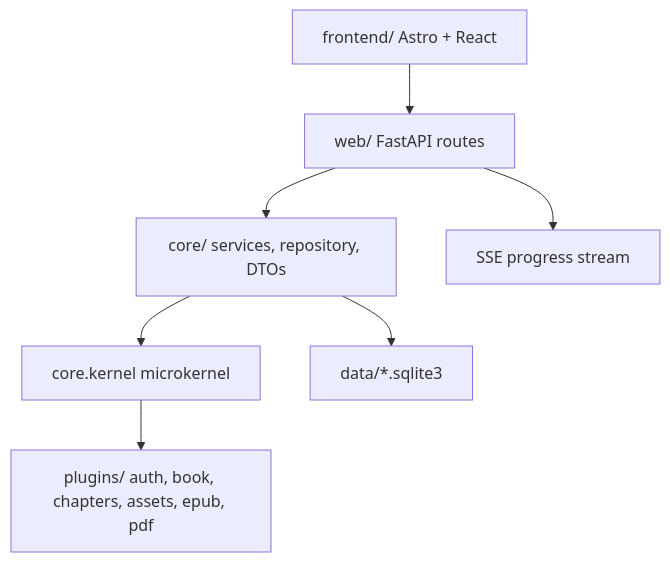
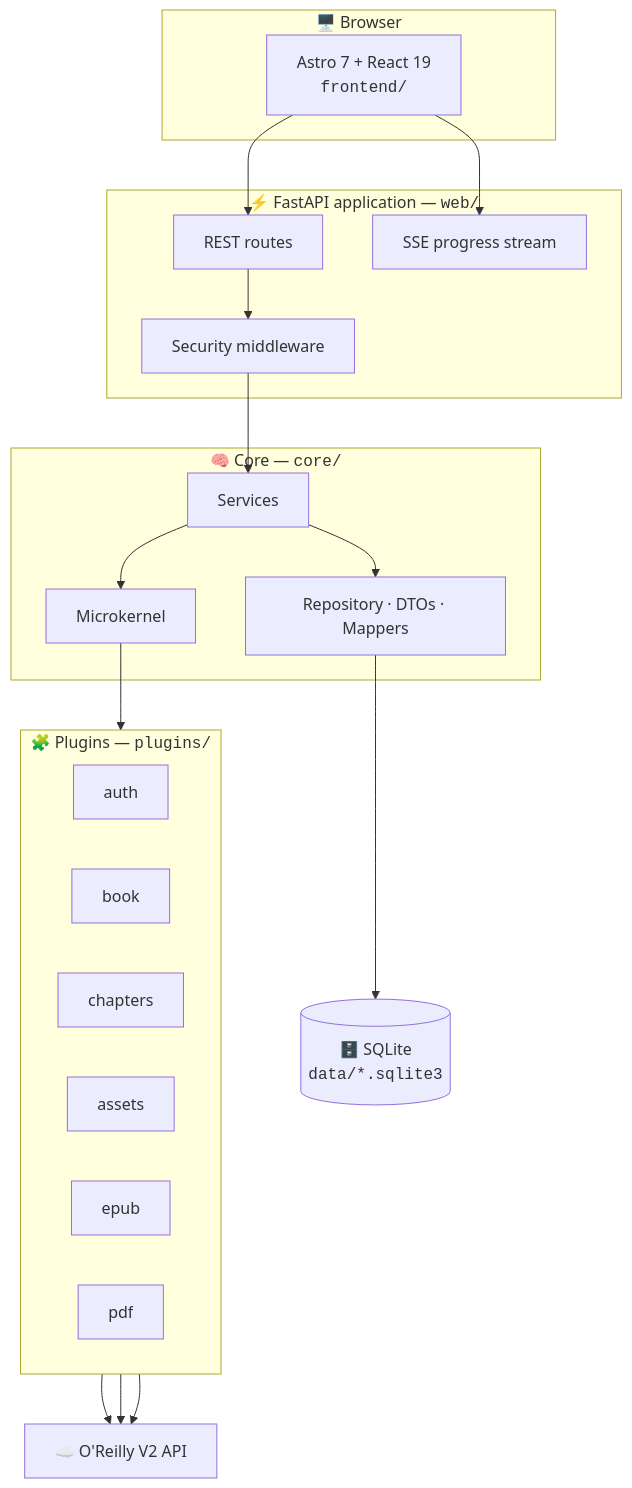
Before and after one commit to ZnOw01/Ryliox: the first of 2 diagrams in README.md, drawn with Mermaid. The commit also changed other lines of this file and 3 other files, not shown here.

````diff
--- a/README.md
+++ b/README.md
@@ -151,9 +108,37 @@
 ```mermaid
-flowchart TD
-    UI["frontend/ Astro + React"] --> API["web/ FastAPI routes"]
-    API --> Core["core/ services, repository, DTOs"]
-    Core --> Kernel["core.kernel microkernel"]
-    Kernel --> Plugins["plugins/ auth, book, chapters, assets, epub, pdf"]
-    Core --> SQLite["data/*.sqlite3"]
-    API --> SSE["SSE progress stream"]
+flowchart TB
+    subgraph Client["🖥️ Browser"]
+        UI["Astro 7 + React 19<br/><code>frontend/</code>"]
+    end
+
+    subgraph Server["⚡ FastAPI application — <code>web/</code>"]
+        MW["Security middleware"]
+        API["REST routes"]
+        SSE["SSE progress stream"]
+    end
+
+    subgraph Core["🧠 Core — <code>core/</code>"]
+        SVC["Services"]
+        REPO["Repository · DTOs · Mappers"]
+        KRN["Microkernel"]
+    end
+
+    subgraph Plugins["🧩 Plugins — <code>plugins/</code>"]
+        direction LR
+        P1["auth"]
+        P2["book"]
+        P3["chapters"]
+        P4["assets"]
+        P5["epub"]
+        P6["pdf"]
+    end
+
+    DB[("🗄️ SQLite<br/><code>data/*.sqlite3</code>")]
+    OR["☁️ O'Reilly V2 API"]
+
+    UI --> API & SSE
+    API --> MW --> SVC
+    SVC --> REPO --> DB
+    SVC --> KRN --> Plugins
+    P2 & P3 & P4 --> OR
 ```
````
